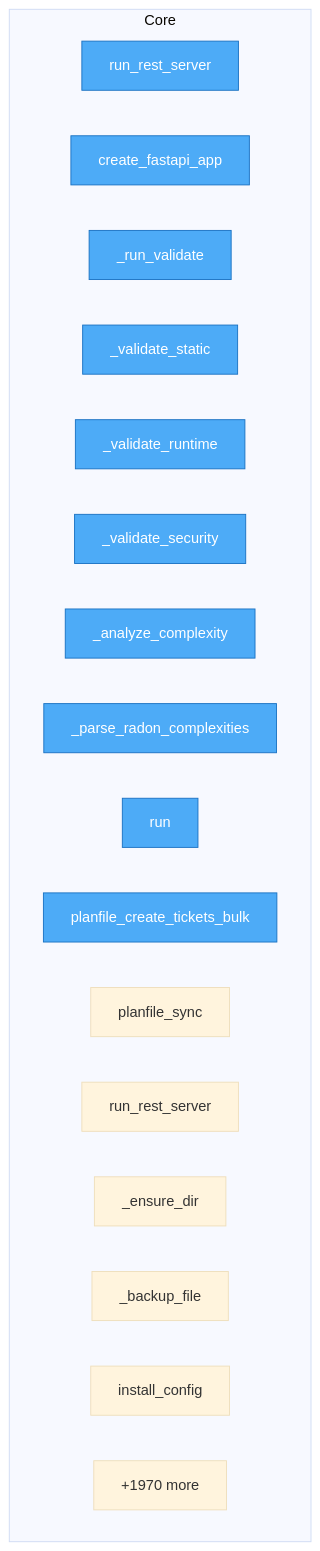
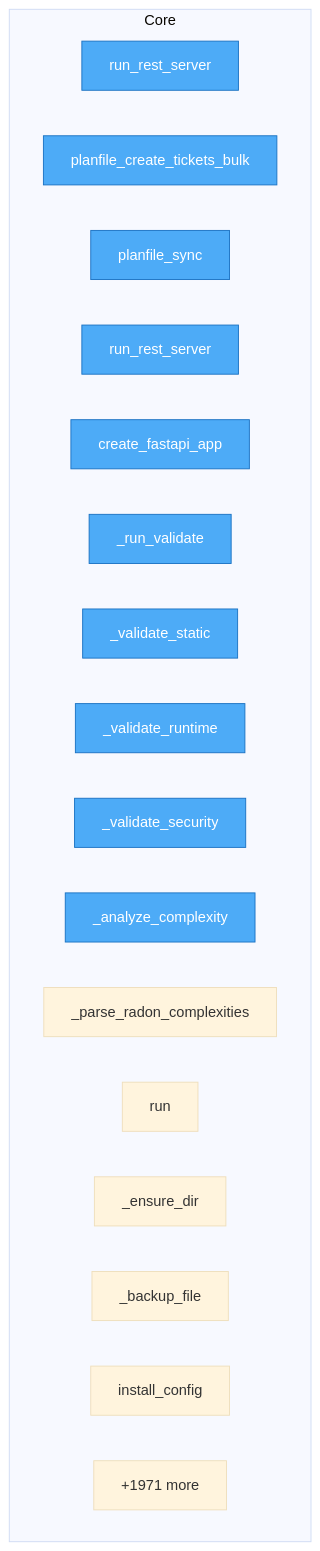
Before and after one commit to semcod/algitex: the diagram in project/flow.mmd, drawn with Mermaid (base theme). The commit also changed 39 other files, not shown here.

```diff
--- a/project/flow.mmd
+++ b/project/flow.mmd
@@ -1,25 +1,25 @@
 flowchart TD
 
     %% Entry points (blue)
     classDef entry fill:#4dabf7,stroke:#1971c2,color:#fff
 
     subgraph Core
         N___algitex__backups__batch_20260328_142940__docker__aider_mcp__aider_mcp_server__run_rest_server["run_rest_server"]
+        N___algitex__backups__batch_20260328_142940__docker__planfile_mcp__planfile_mcp_server__planfile_create_tickets_bulk["planfile_create_tickets_bulk"]
+        N___algitex__backups__batch_20260328_142940__docker__planfile_mcp__planfile_mcp_server__planfile_sync["planfile_sync"]
+        N___algitex__backups__batch_20260328_142940__docker__planfile_mcp__planfile_mcp_server__run_rest_server["run_rest_server"]
         N___algitex__backups__batch_20260328_142940__docker__vallm__vallm_server__VallmServer__create_fastapi_app["create_fastapi_app"]
         N___algitex__backups__batch_20260328_142940__docker__vallm__vallm_server__VallmServer___run_validate["_run_validate"]
         N___algitex__backups__batch_20260328_142940__docker__vallm__vallm_server__VallmServer___validate_static["_validate_static"]
         N___algitex__backups__batch_20260328_142940__docker__vallm__vallm_server__VallmServer___validate_runtime["_validate_runtime"]
         N___algitex__backups__batch_20260328_142940__docker__vallm__vallm_server__VallmServer___validate_security["_validate_security"]
         N___algitex__backups__batch_20260328_142940__docker__vallm__vallm_server__VallmServer___analyze_complexity["_analyze_complexity"]
         N___algitex__backups__batch_20260328_142940__docker__vallm__vallm_server__VallmServer___parse_radon_complexities["_parse_radon_complexities"]
         N___algitex__backups__batch_20260328_142940__docker__vallm__vallm_server__VallmServer__run["run"]
-        N___algitex__backups__batch_20260328_142940__docker__planfile_mcp__planfile_mcp_server__planfile_create_tickets_bulk["planfile_create_tickets_bulk"]
-        N___algitex__backups__batch_20260328_142940__docker__planfile_mcp__planfile_mcp_server__planfile_sync["planfile_sync"]
-        N___algitex__backups__batch_20260328_142940__docker__planfile_mcp__planfile_mcp_server__run_rest_server["run_rest_server"]
         N___algitex__backups__batch_20260328_142940__src__algitex__tools__config__ConfigManager___ensure_dir["_ensure_dir"]
         N___algitex__backups__batch_20260328_142940__src__algitex__tools__config__ConfigManager___backup_file["_backup_file"]
         N___algitex__backups__batch_20260328_142940__src__algitex__tools__config__ConfigManager__install_config["install_config"]
-        ...["+1970 more"]
+        ...["+1971 more"]
     end
 
-    class N___algitex__backups__batch_20260328_142940__docker__aider_mcp__aider_mcp_server__run_rest_server,N___algitex__backups__batch_20260328_142940__docker__vallm__vallm_server__VallmServer__create_fastapi_app,N___algitex__backups__batch_20260328_142940__docker__vallm__vallm_server__VallmServer___run_validate,N___algitex__backups__batch_20260328_142940__docker__vallm__vallm_server__VallmServer___validate_static,N___algitex__backups__batch_20260328_142940__docker__vallm__vallm_server__VallmServer___validate_runtime,N___algitex__backups__batch_20260328_142940__docker__vallm__vallm_server__VallmServer___validate_security,N___algitex__backups__batch_20260328_142940__docker__vallm__vallm_server__VallmServer___analyze_complexity,N___algitex__backups__batch_20260328_142940__docker__vallm__vallm_server__VallmServer___parse_radon_complexities,N___algitex__backups__batch_20260328_142940__docker__vallm__vallm_server__VallmServer__run,N___algitex__backups__batch_20260328_142940__docker__planfile_mcp__planfile_mcp_server__planfile_create_tickets_bulk entry
+    class N___algitex__backups__batch_20260328_142940__docker__aider_mcp__aider_mcp_server__run_rest_server,N___algitex__backups__batch_20260328_142940__docker__planfile_mcp__planfile_mcp_server__planfile_create_tickets_bulk,N___algitex__backups__batch_20260328_142940__docker__planfile_mcp__planfile_mcp_server__planfile_sync,N___algitex__backups__batch_20260328_142940__docker__planfile_mcp__planfile_mcp_server__run_rest_server,N___algitex__backups__batch_20260328_142940__docker__vallm__vallm_server__VallmServer__create_fastapi_app,N___algitex__backups__batch_20260328_142940__docker__vallm__vallm_server__VallmServer___run_validate,N___algitex__backups__batch_20260328_142940__docker__vallm__vallm_server__VallmServer___validate_static,N___algitex__backups__batch_20260328_142940__docker__vallm__vallm_server__VallmServer___validate_runtime,N___algitex__backups__batch_20260328_142940__docker__vallm__vallm_server__VallmServer___validate_security,N___algitex__backups__batch_20260328_142940__docker__vallm__vallm_server__VallmServer___analyze_complexity entry
```
